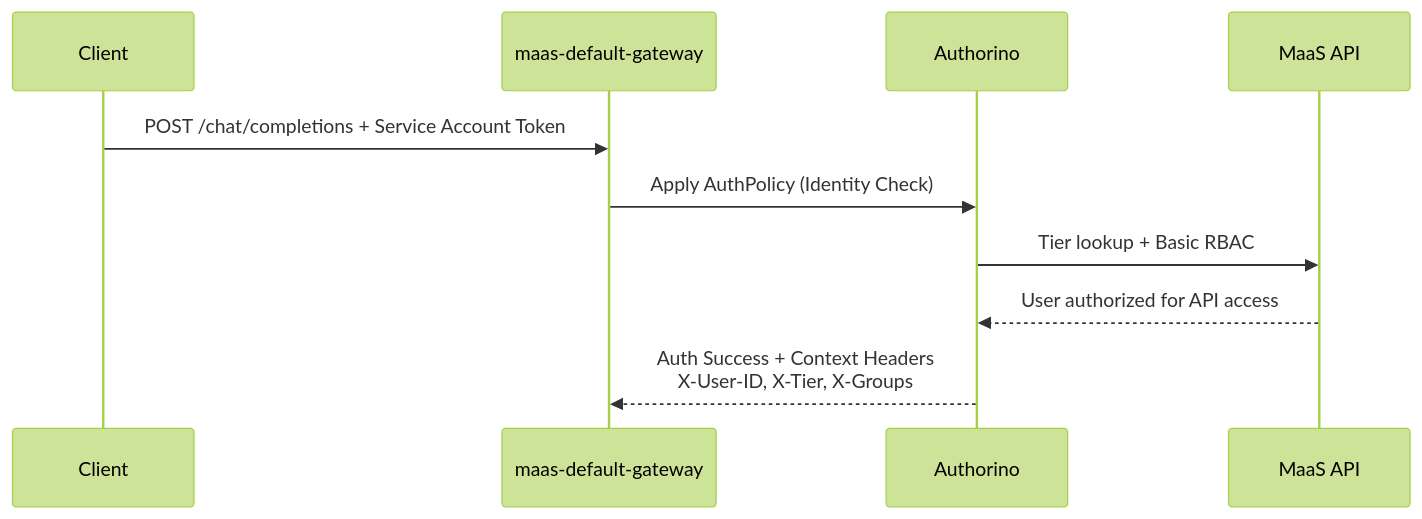
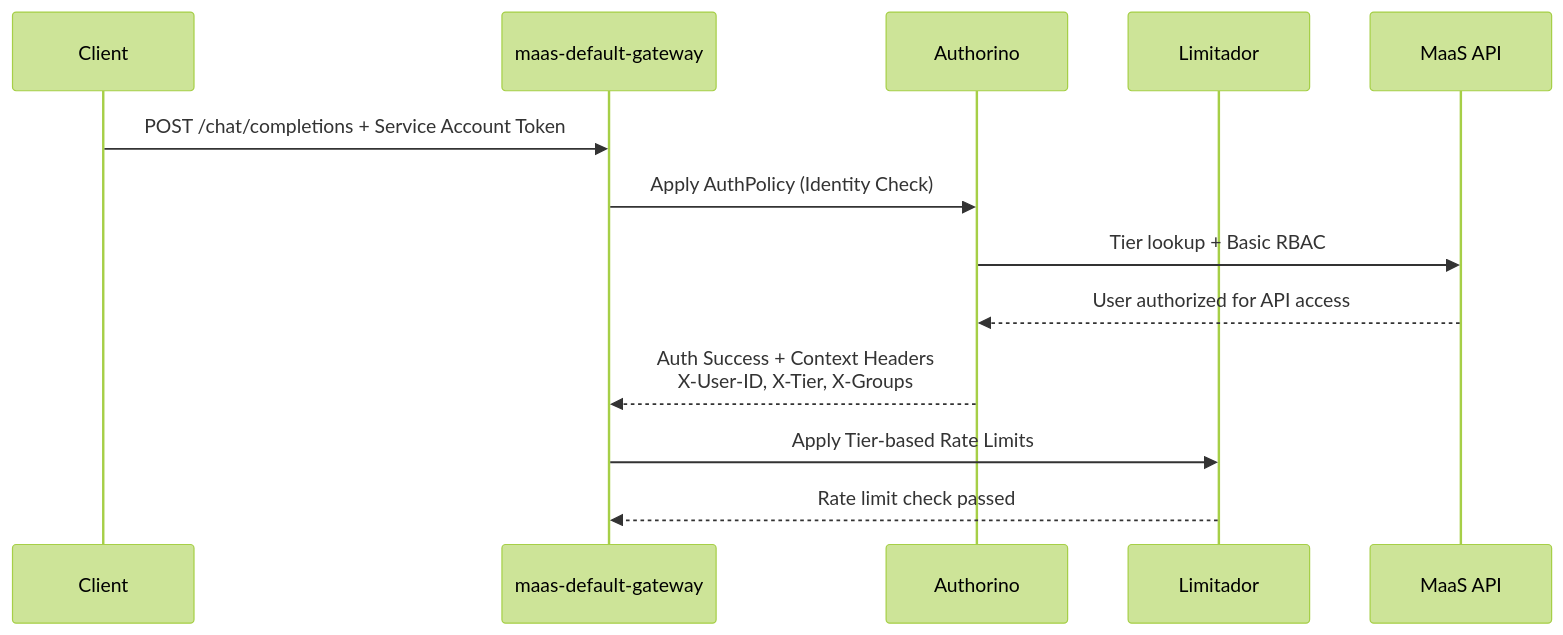
The ninth of 13 diagrams in docs/designs/vSR-Integration/README.md (noyitz/maas-billing), drawn with Mermaid (forest theme) before and after one commit. The commit also changed other lines of this file, not shown here.

First line of the commit message:
Add critical rate limiting capabilities back to hybrid solution

````diff
--- a/docs/designs/vSR-Integration/README.md
+++ b/docs/designs/vSR-Integration/README.md
@@ -364,13 +365,16 @@
 ```mermaid
 sequenceDiagram
     participant Client
     participant Gateway as maas-default-gateway
     participant Authorino
+    participant Limitador
     participant MaaSAPI as MaaS API
     
     Client->>Gateway: POST /chat/completions + Service Account Token
     Gateway->>Authorino: Apply AuthPolicy (Identity Check)
     Authorino->>MaaSAPI: Tier lookup + Basic RBAC
     MaaSAPI-->>Authorino: User authorized for API access
     Authorino-->>Gateway: Auth Success + Context Headers<br/>X-User-ID, X-Tier, X-Groups
+    Gateway->>Limitador: Apply Tier-based Rate Limits
+    Limitador-->>Gateway: Rate limit check passed
 ```
````
